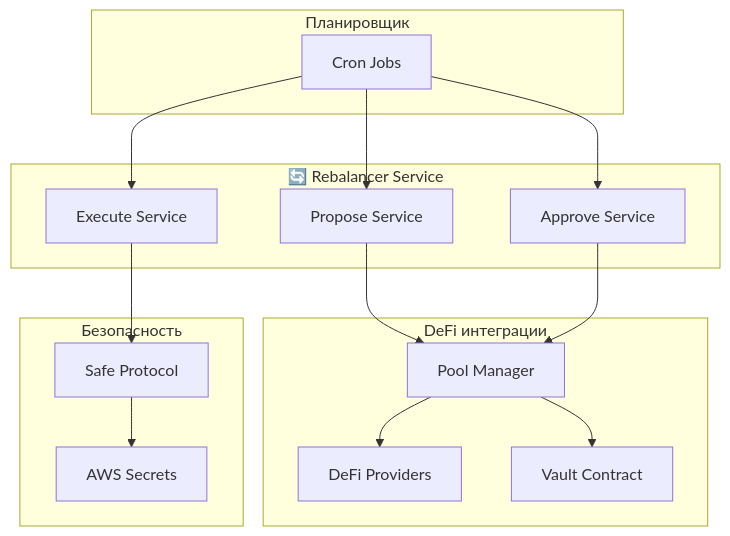
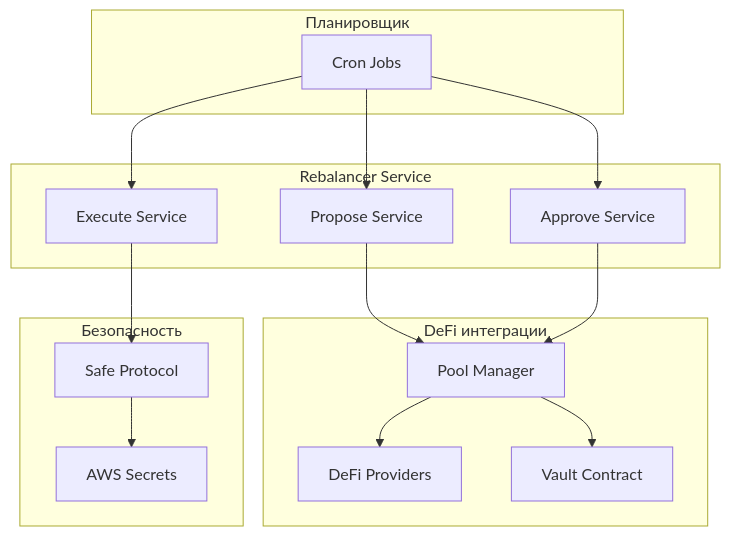
One commit to Thesauros/lending-contracts changed the first of 2 diagrams in docs/REBALANCER_ANALYSIS.md. Above: the diagram before and after it, drawn with Mermaid. The commit also changed other lines of this file, not shown here.

````diff
--- a/docs/REBALANCER_ANALYSIS.md
+++ b/docs/REBALANCER_ANALYSIS.md
@@ -11,36 +11,36 @@
 ```mermaid
 graph TB
-    subgraph "🔄 Rebalancer Service"
+    subgraph " Rebalancer Service"
         PROPOSE[Propose Service]
         APPROVE[Approve Service]
         EXECUTE[Execute Service]
     end
     
     subgraph " DeFi интеграции"
         POOL[Pool Manager]
         PROVIDERS[DeFi Providers]
         VAULT[Vault Contract]
     end
     
     subgraph " Безопасность"
         SAFE[Safe Protocol]
         AWS[AWS Secrets]
     end
     
     subgraph "Планировщик"
         CRON[Cron Jobs]
     end
     
     CRON --> PROPOSE
     CRON --> APPROVE
     CRON --> EXECUTE
     
     PROPOSE --> POOL
     APPROVE --> POOL
     EXECUTE --> SAFE
     
     POOL --> PROVIDERS
     POOL --> VAULT
     
     SAFE --> AWS
 ```
````
